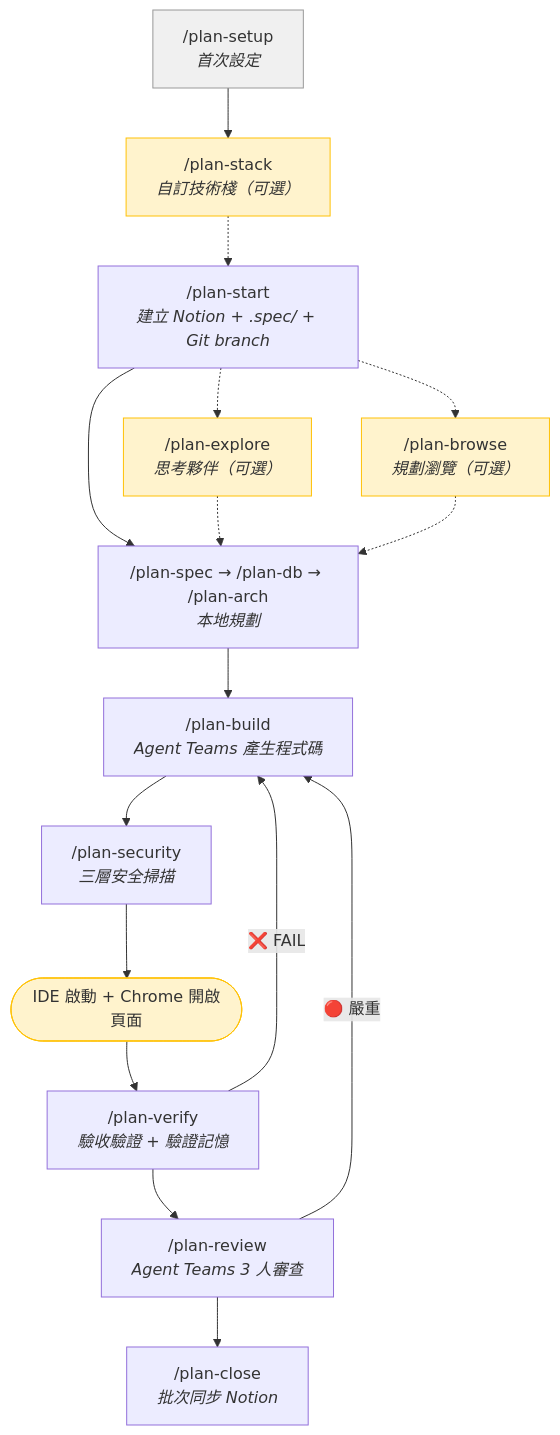
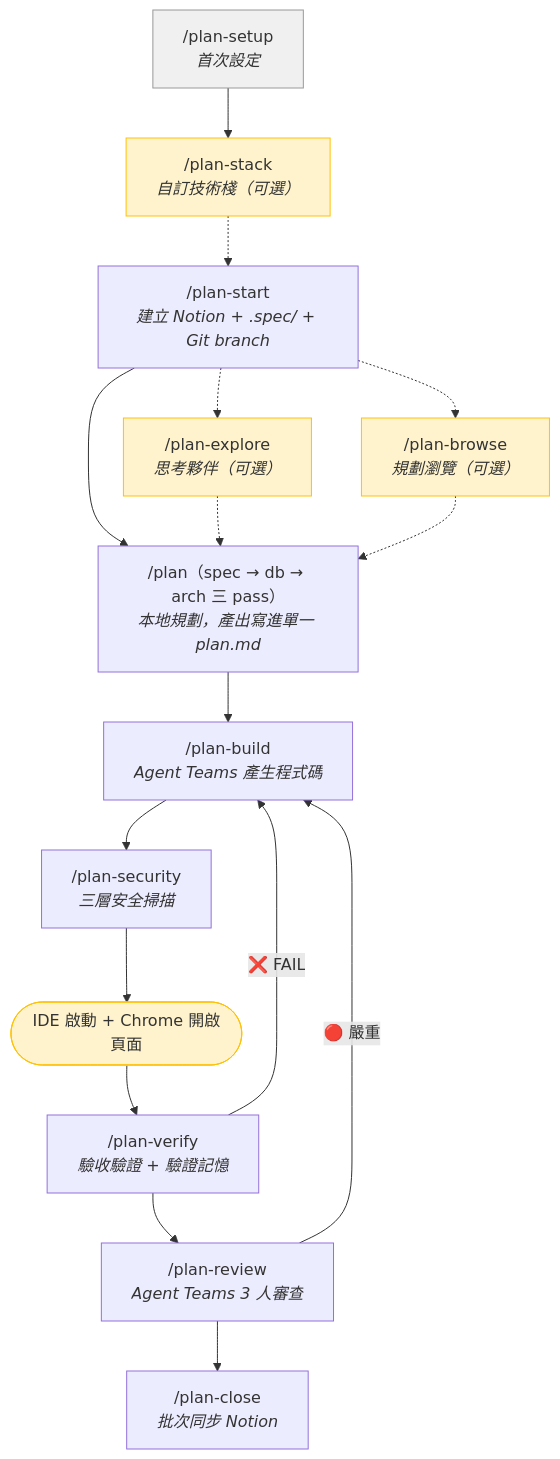
One commit to Stcfinch/crew changed the third of 4 diagrams in README.md. Above: the diagram before and after it, drawn with Mermaid. The commit also changed other lines of this file and 21 other files, not shown here.

````diff
--- a/README.md
+++ b/README.md
@@ -133,27 +169,27 @@
 ```mermaid
 flowchart TD
     setup["/plan-setup<br/><i>首次設定</i>"]
     stack["/plan-stack<br/><i>自訂技術棧（可選）</i>"]
     start["/plan-start<br/><i>建立 Notion + .spec/ + Git branch</i>"]
     explore["/plan-explore<br/><i>思考夥伴（可選）</i>"]
     browse["/plan-browse<br/><i>規劃瀏覽（可選）</i>"]
-    plan["/plan-spec → /plan-db → /plan-arch<br/><i>本地規劃</i>"]
+    plan["/plan（spec → db → arch 三 pass）<br/><i>本地規劃，產出寫進單一 plan.md</i>"]
     build["/plan-build<br/><i>Agent Teams 產生程式碼</i>"]
     security["/plan-security<br/><i>三層安全掃描</i>"]
     ide(["IDE 啟動 + Chrome 開啟頁面"])
     verify["/plan-verify<br/><i>驗收驗證 + 驗證記憶</i>"]
     review["/plan-review<br/><i>Agent Teams 3 人審查</i>"]
     close["/plan-close<br/><i>批次同步 Notion</i>"]
 
     setup --> stack -.-> start --> plan --> build --> security --> ide --> verify --> review --> close
     start -.-> explore -.-> plan
     start -.-> browse -.-> plan
     verify -- "❌ FAIL" --> build
     review -- "🔴 嚴重" --> build
 
     style setup fill:#f0f0f0,stroke:#999
     style stack fill:#fff3cd,stroke:#ffc107
     style explore fill:#fff3cd,stroke:#ffc107
     style browse fill:#fff3cd,stroke:#ffc107
     style ide fill:#fff3cd,stroke:#ffc107
 ```
````
